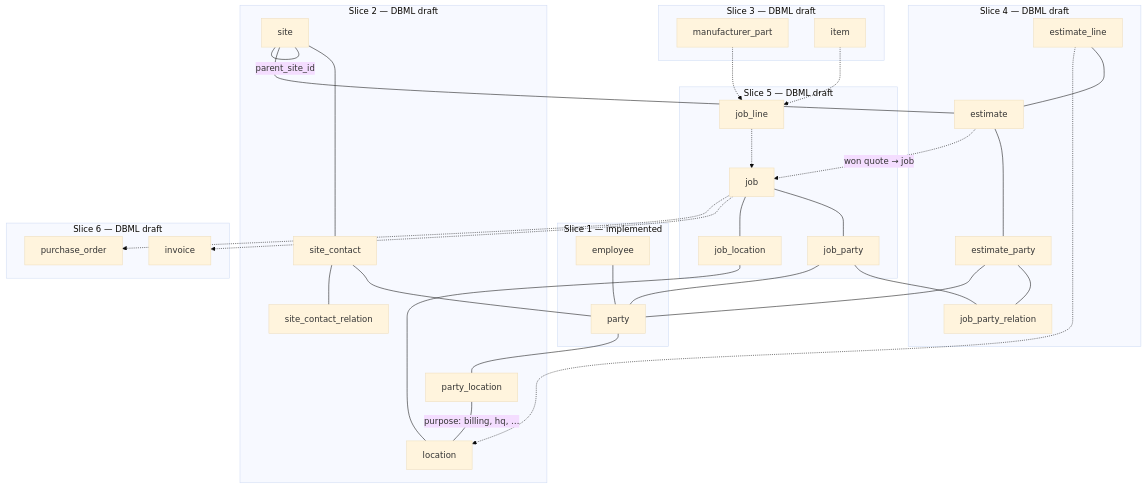
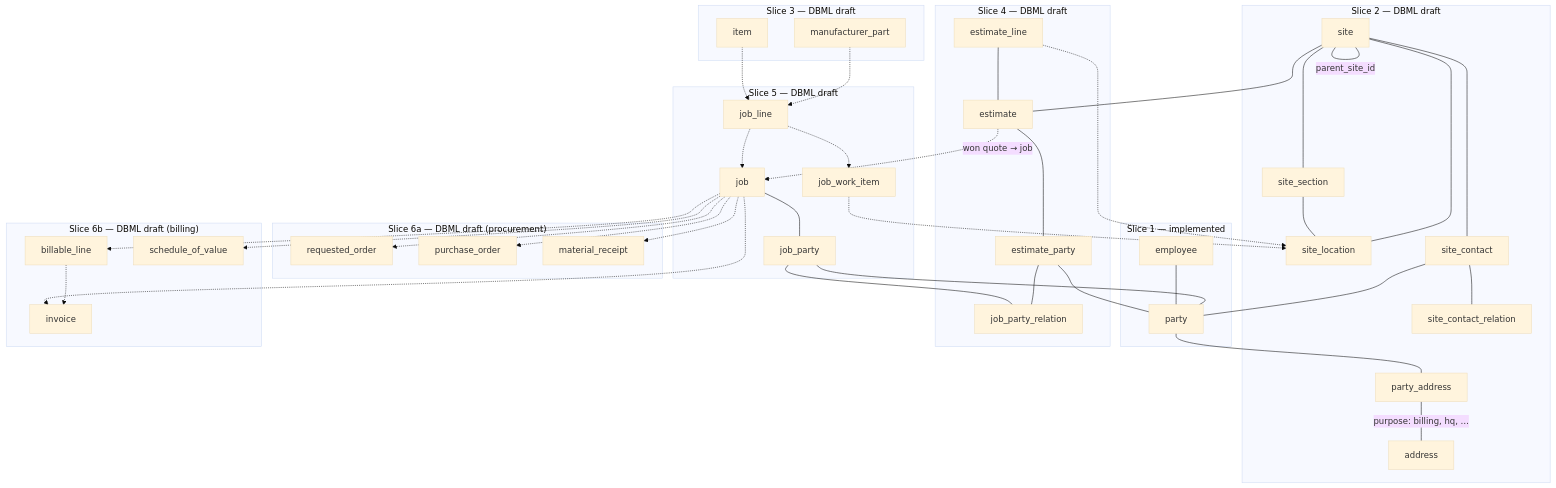
The second of 2 diagrams in apps/subhub/docs/architecture.md (rebischoff/latch), drawn with Mermaid (base theme) before and after one commit. The commit also changed other lines of this file and 41 other files, not shown here.

First line of the commit message:
Update SubHub documentation for schema and task revisions

````diff
--- a/apps/subhub/docs/architecture.md
+++ b/apps/subhub/docs/architecture.md
@@ -113,65 +120,82 @@
 ```mermaid
 flowchart TB
   subgraph slice1["Slice 1 — implemented"]
     party
     employee
   end
 
   subgraph slice2["Slice 2 — DBML draft"]
-    location
+    address
     site
-    party_location
+    site_section
+    site_location
+    party_address
     scr["site_contact_relation"]
     sc["site_contact"]
   end
 
   subgraph slice3["Slice 3 — DBML draft"]
     part["manufacturer_part"]
     item
   end
 
   subgraph slice4["Slice 4 — DBML draft"]
     jpr["job_party_relation"]
     estimate
     est_party["estimate_party"]
     est_line["estimate_line"]
   end
 
   subgraph slice5["Slice 5 — DBML draft"]
     job
     job_party
-    job_location
     job_line
+    jwi["job_work_item"]
   end
 
-  subgraph slice6["Slice 6 — DBML draft"]
-    invoice
+  subgraph slice6a["Slice 6a — DBML draft (procurement)"]
+    req["requested_order"]
     po["purchase_order"]
+    rcpt["material_receipt"]
   end
 
-  party --- party_location
-  party_location ---|"purpose: billing, hq, …"| location
+  subgraph slice6b["Slice 6b — DBML draft (billing)"]
+    billable["billable_line"]
+    invoice
+    sov["schedule_of_value"]
+  end
+
+  party --- party_address
+  party_address ---|"purpose: billing, hq, …"| address
+  site --- site_section
+  site --- site_location
+  site_section --- site_location
   site --- sc
   sc --- party
   sc --- scr
 
   site ---|parent_site_id| site
   site --- estimate
   estimate --- est_party
   est_party --- jpr
   est_party --- party
   est_line --- estimate
-  est_line -.-> location
+  est_line -.-> site_location
   estimate -.->|"won quote → job"| job
   job --- job_party
   job_party --- jpr
   job_party --- party
-  job --- job_location
-  job_location --- location
+  job_line -.-> jwi
+  jwi -.-> site_location
   part -.-> job_line
   item -.-> job_line
   job_line -.-> job
+  job -.-> req
+  job -.-> po
+  job -.-> rcpt
+  job -.-> billable
+  billable -.-> invoice
+  job -.-> sov
   job -.-> invoice
-  job -.-> po
   employee --- party
 ```
````
